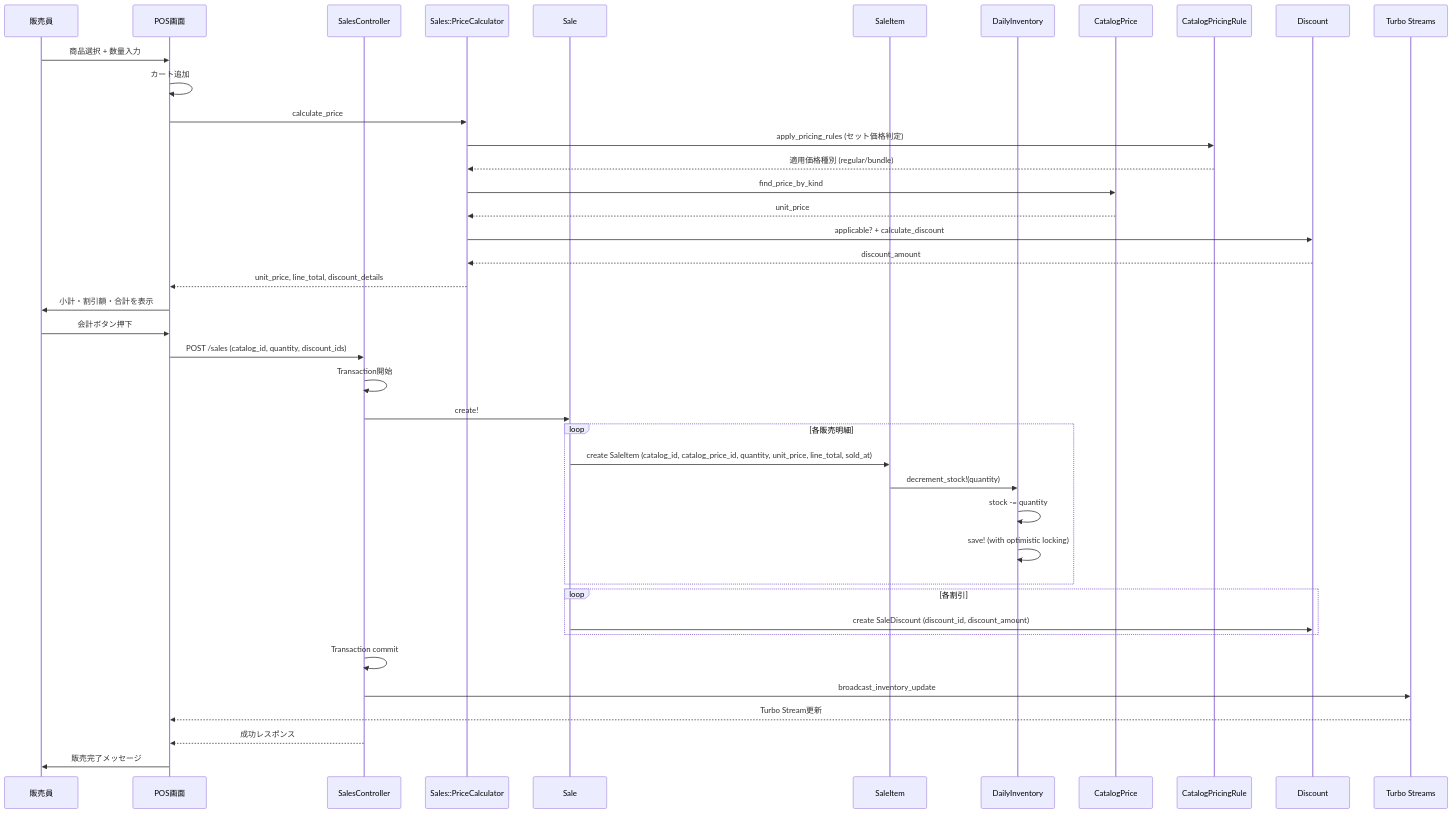
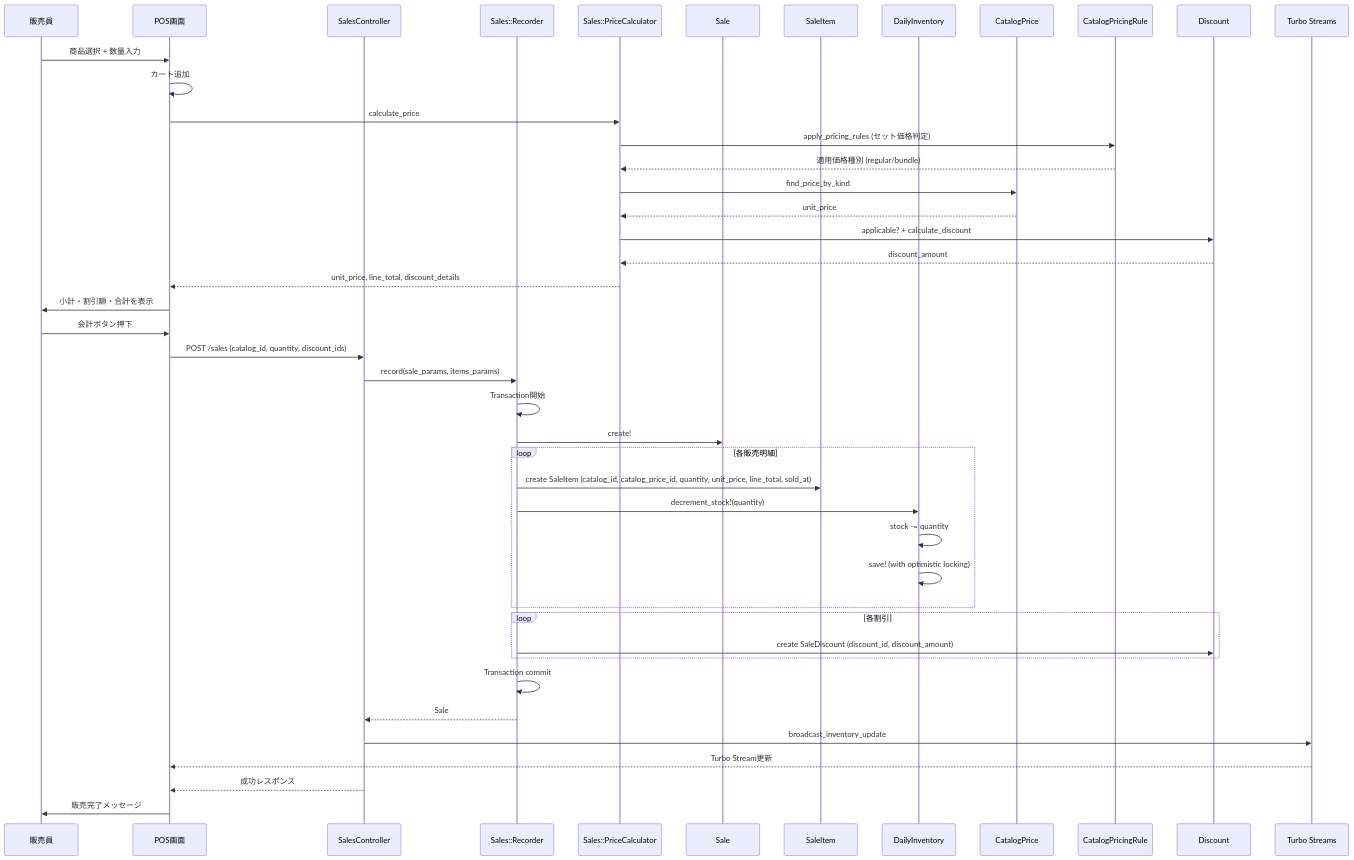
Before and after one commit to kazu-2020/bento-manager: the second of 5 diagrams in docs/specs/sales-tracking-pos/design.md, drawn with Mermaid. The commit also changed other lines of this file and 2 other files, not shown here.

Commit message:
refactor: Move inventory decrement from SaleItem callback to Sales::Recorder PORO for better separation of concerns and testability

````diff
--- a/docs/specs/sales-tracking-pos/design.md
+++ b/docs/specs/sales-tracking-pos/design.md
@@ -198,44 +199,47 @@
 ```mermaid
 sequenceDiagram
     participant U as 販売員
     participant UI as POS画面
     participant SC as SalesController
+    participant SR as Sales::Recorder
     participant PC as Sales::PriceCalculator
     participant S as Sale
     participant SI as SaleItem
     participant DI as DailyInventory
     participant CP as CatalogPrice
     participant CPR as CatalogPricingRule
     participant D as Discount
     participant TS as Turbo Streams
 
     U->>UI: 商品選択 + 数量入力
     UI->>UI: カート追加
     UI->>PC: calculate_price
     PC->>CPR: apply_pricing_rules (セット価格判定)
     CPR-->>PC: 適用価格種別 (regular/bundle)
     PC->>CP: find_price_by_kind
     CP-->>PC: unit_price
     PC->>D: applicable? + calculate_discount
     D-->>PC: discount_amount
     PC-->>UI: unit_price, line_total, discount_details
     UI->>U: 小計・割引額・合計を表示
     U->>UI: 会計ボタン押下
     UI->>SC: POST /sales (catalog_id, quantity, discount_ids)
-    SC->>SC: Transaction開始
-    SC->>S: create!
+    SC->>SR: record(sale_params, items_params)
+    SR->>SR: Transaction開始
+    SR->>S: create!
     loop 各販売明細
-        S->>SI: create SaleItem (catalog_id, catalog_price_id, quantity, unit_price, line_total, sold_at)
-        SI->>DI: decrement_stock!(quantity)
+        SR->>SI: create SaleItem (catalog_id, catalog_price_id, quantity, unit_price, line_total, sold_at)
+        SR->>DI: decrement_stock!(quantity)
         DI->>DI: stock -= quantity
         DI->>DI: save! (with optimistic locking)
     end
     loop 各割引
-        S->>D: create SaleDiscount (discount_id, discount_amount)
+        SR->>D: create SaleDiscount (discount_id, discount_amount)
     end
-    SC->>SC: Transaction commit
+    SR->>SR: Transaction commit
+    SR-->>SC: Sale
     SC->>TS: broadcast_inventory_update
     TS-->>UI: Turbo Stream更新
     SC-->>UI: 成功レスポンス
     UI->>U: 販売完了メッセージ
 ```
````
